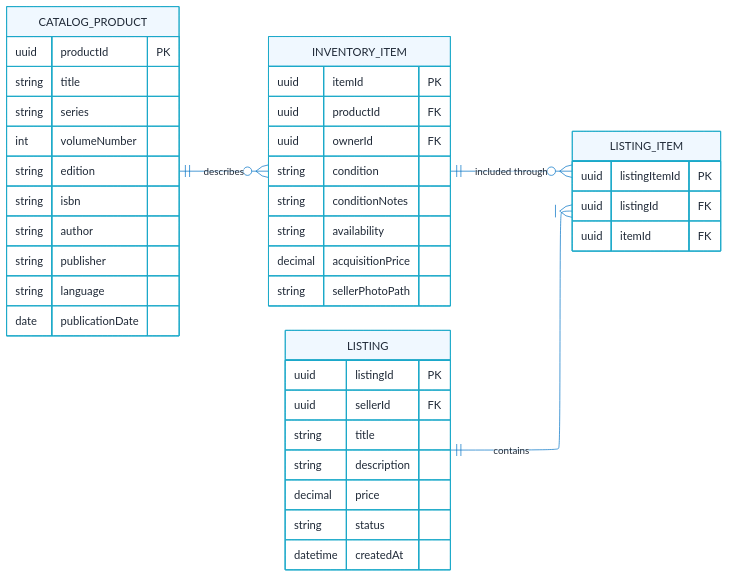
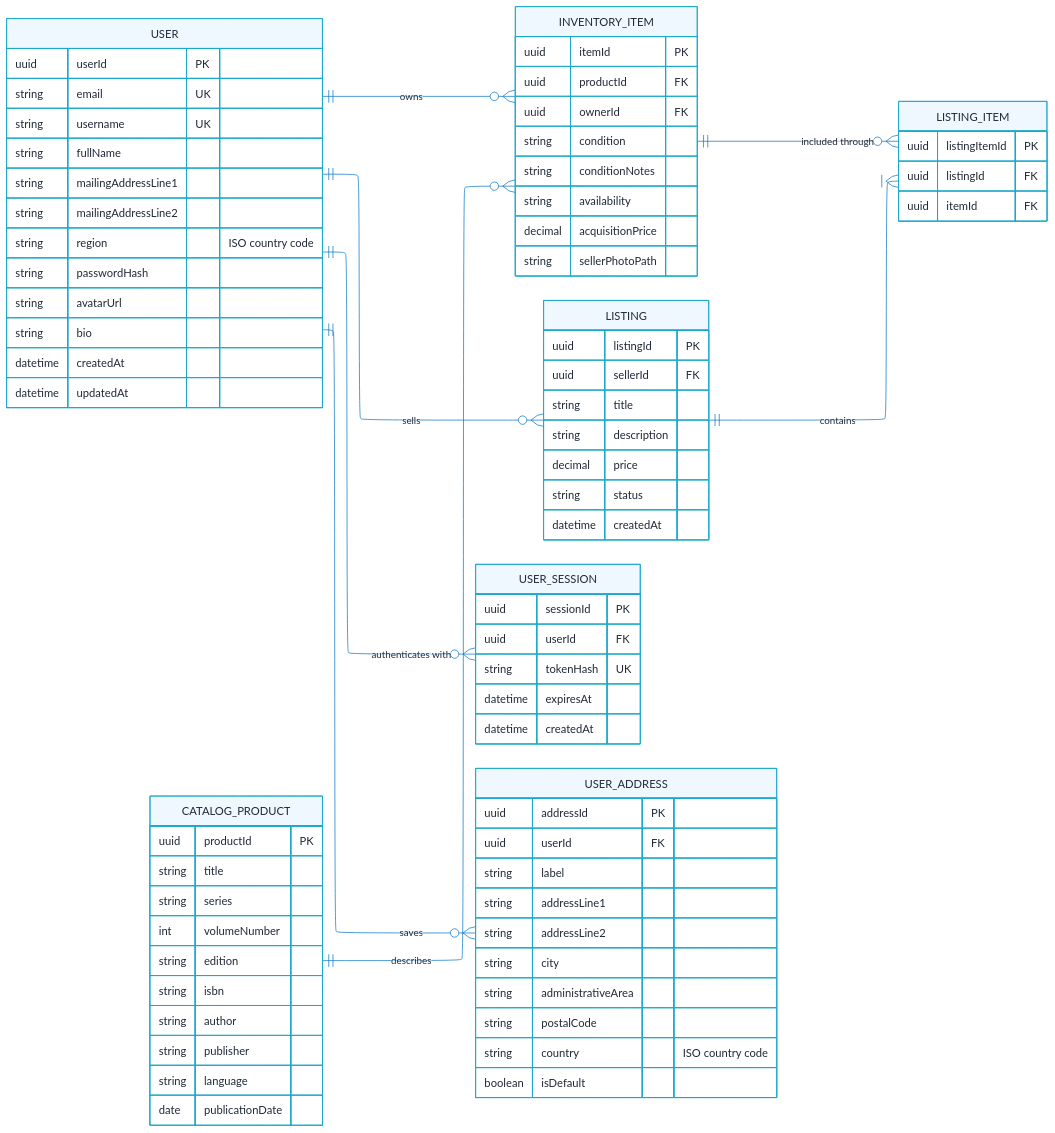
Before and after one commit to TVW96/build-backend-foundation: the diagram in README.md, drawn with Mermaid. The commit also changed other lines of this file and 33 other files, not shown here.

Commit message:
update schema: users, signup, login

```diff
--- a/README.md
+++ b/README.md
@@ -24,9 +30,49 @@
 erDiagram
   direction LR
 
+    USER ||--o{ INVENTORY_ITEM : "owns"
+    USER ||--o{ LISTING : "sells"
+    USER ||--o{ USER_SESSION : "authenticates with"
+    USER ||--o{ USER_ADDRESS : "saves"
     CATALOG_PRODUCT ||--o{ INVENTORY_ITEM : "describes"
     INVENTORY_ITEM ||--o{ LISTING_ITEM : "included through"
     LISTING ||--|{ LISTING_ITEM : "contains"
+
+    USER {
+        uuid userId PK
+        string email UK
+        string username UK
+        string fullName
+        string mailingAddressLine1
+        string mailingAddressLine2
+        string region "ISO country code"
+        string passwordHash
+        string avatarUrl
+        string bio
+        datetime createdAt
+        datetime updatedAt
+    }
+
+    USER_SESSION {
+        uuid sessionId PK
+        uuid userId FK
+        string tokenHash UK
+        datetime expiresAt
+        datetime createdAt
+    }
+
+    USER_ADDRESS {
+        uuid addressId PK
+        uuid userId FK
+        string label
+        string addressLine1
+        string addressLine2
+        string city
+        string administrativeArea
+        string postalCode
+        string country "ISO country code"
+        boolean isDefault
+    }
 
     CATALOG_PRODUCT {
         uuid productId PK
```
